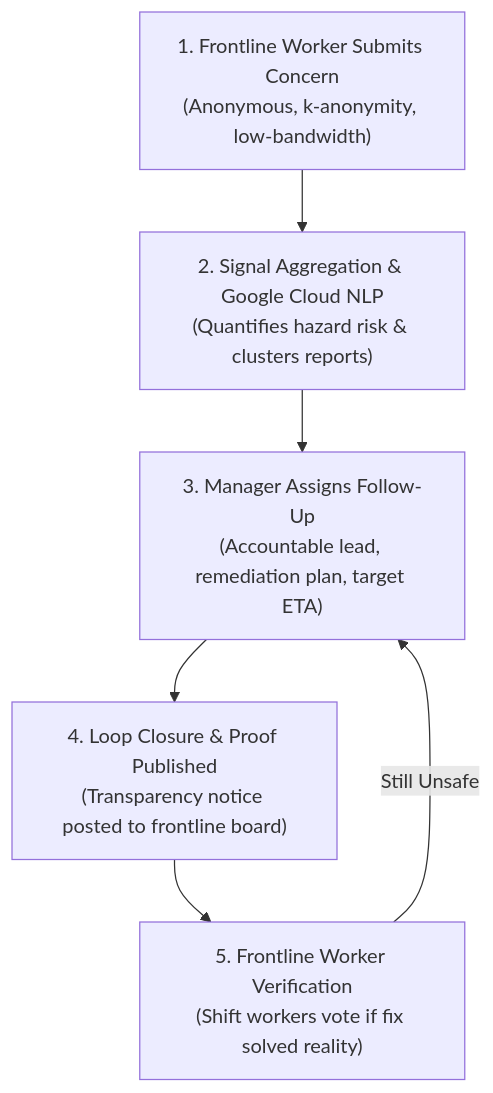
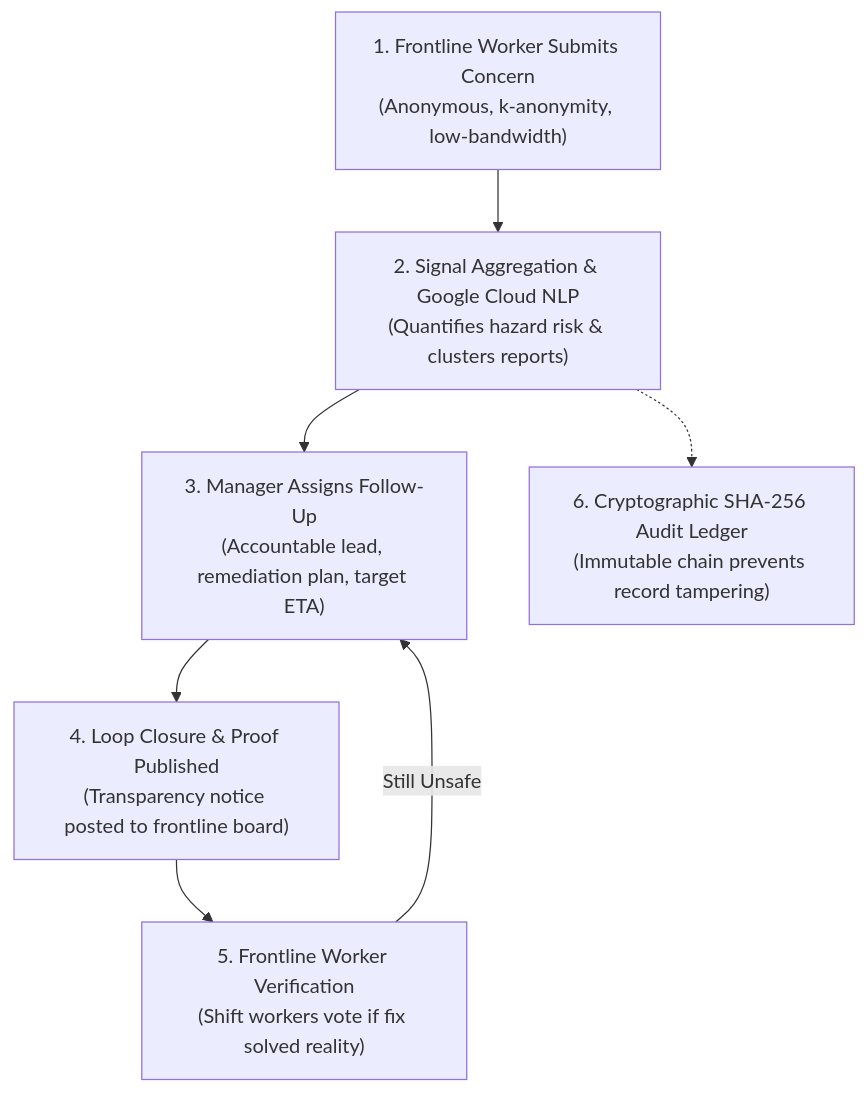
One commit to AdityaSSengar2050/Fairwork changed the diagram in README.md. Above: the diagram before and after it, drawn with Mermaid. The commit also changed other lines of this file, not shown here.

Commit message:
docs: document cryptographic ledger, PWA offline support, and efficiency architecture

````diff
--- a/README.md
+++ b/README.md
@@ -17,8 +17,9 @@
 ```mermaid
 flowchart TD
     A["1. Frontline Worker Submits Concern<br/>(Anonymous, k-anonymity, low-bandwidth)"] --> B["2. Signal Aggregation & Google Cloud NLP<br/>(Quantifies hazard risk & clusters reports)"]
     B --> C["3. Manager Assigns Follow-Up<br/>(Accountable lead, remediation plan, target ETA)"]
     C --> D["4. Loop Closure & Proof Published<br/>(Transparency notice posted to frontline board)"]
     D --> E["5. Frontline Worker Verification<br/>(Shift workers vote if fix solved reality)"]
     E -->|"Still Unsafe"| C
+    B -.-> F["6. Cryptographic SHA-256 Audit Ledger<br/>(Immutable chain prevents record tampering)"]
 ```
````
